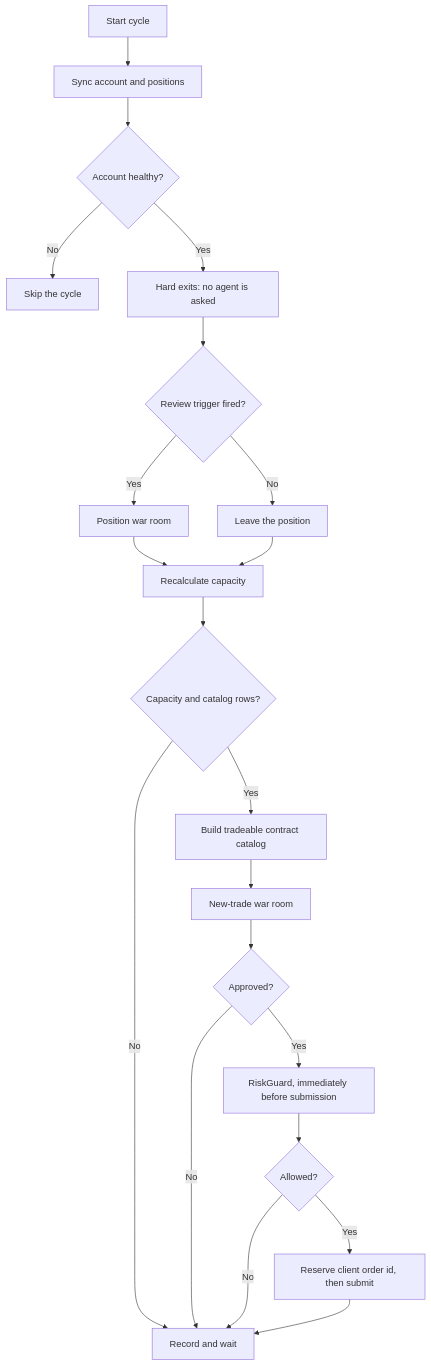
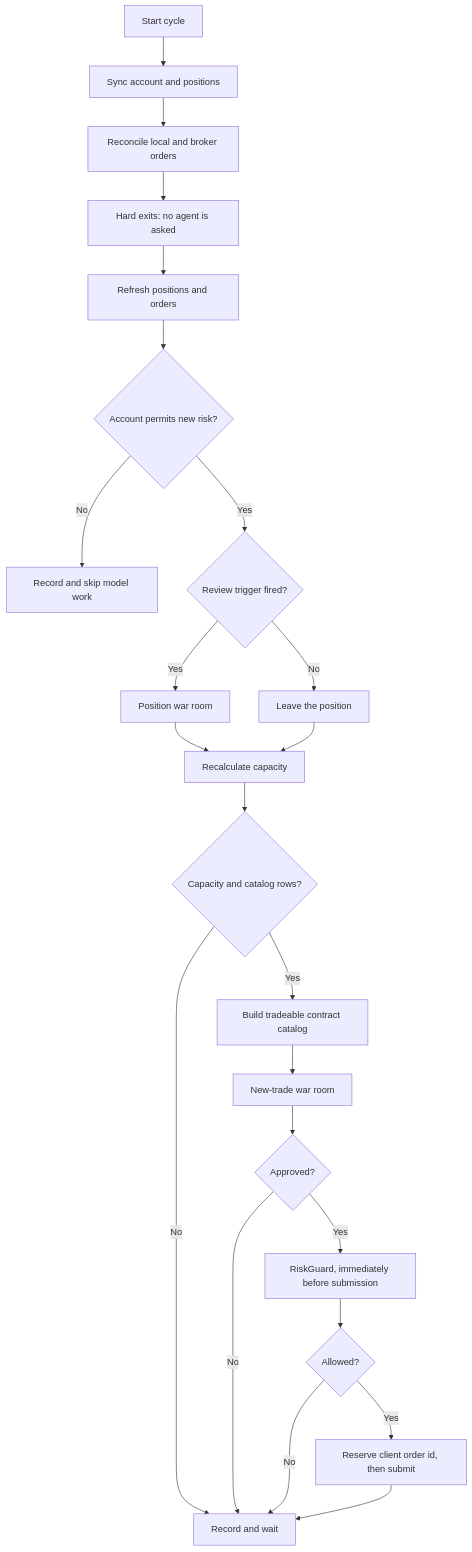
Before and after one commit to xakpc/Alpaca.NoIdea: the diagram in .lode/trading/live-cycle.md, drawn with Mermaid. The commit also changed other lines of this file and 99 other files, not shown here.

````diff
--- a/.lode/trading/live-cycle.md
+++ b/.lode/trading/live-cycle.md
@@ -9,23 +9,25 @@
 ```mermaid
 flowchart TD
     A[Start cycle] --> B[Sync account and positions]
-    B --> C{Account healthy?}
-    C -- No --> Z[Skip the cycle]
-    C -- Yes --> D[Hard exits: no agent is asked]
-    D --> E{Review trigger fired?}
+    B --> C[Reconcile local and broker orders]
+    C --> D[Hard exits: no agent is asked]
+    D --> R[Refresh positions and orders]
+    R --> Q{Account permits new risk?}
+    Q -- No --> Z[Record and skip model work]
+    Q -- Yes --> E{Review trigger fired?}
     E -- Yes --> F[Position war room]
     E -- No --> G[Leave the position]
     F --> H[Recalculate capacity]
     G --> H
     H --> I{Capacity and catalog rows?}
     I -- No --> Y[Record and wait]
     I -- Yes --> J[Build tradeable contract catalog]
     J --> K[New-trade war room]
     K --> L{Approved?}
     L -- No --> Y
     L -- Yes --> M[RiskGuard, immediately before submission]
     M --> N{Allowed?}
     N -- No --> Y
     N -- Yes --> O[Reserve client order id, then submit]
     O --> Y
 ```
````
